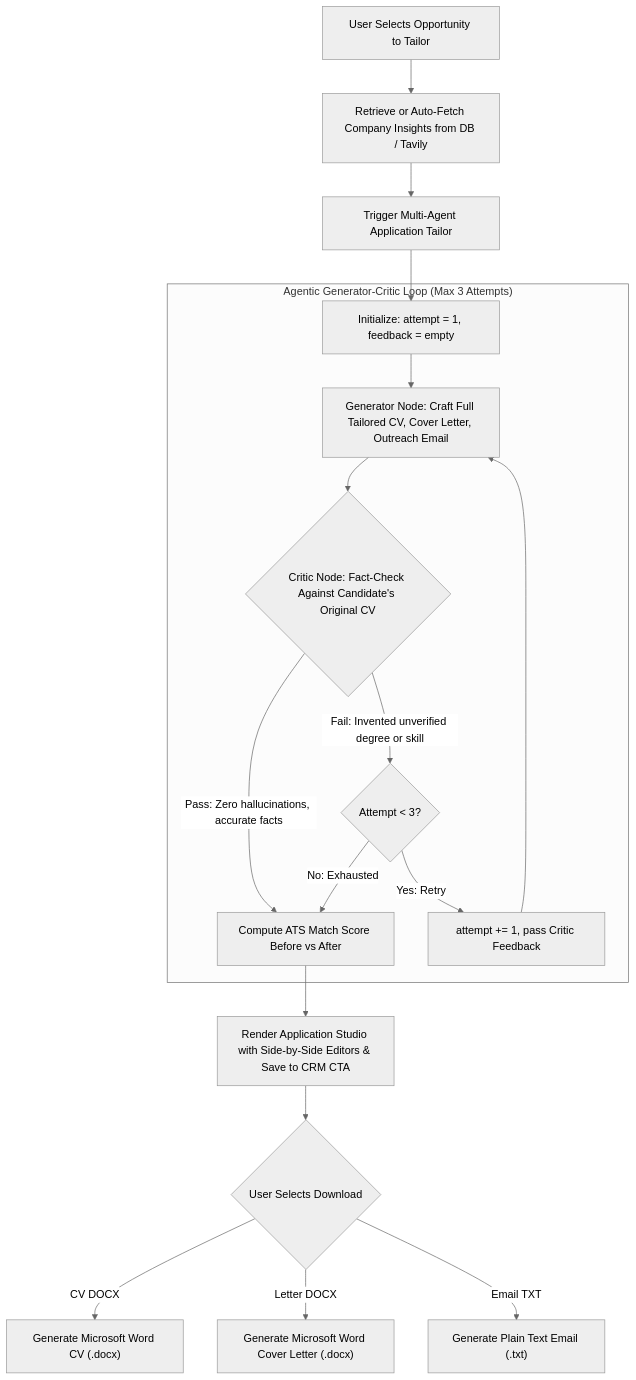
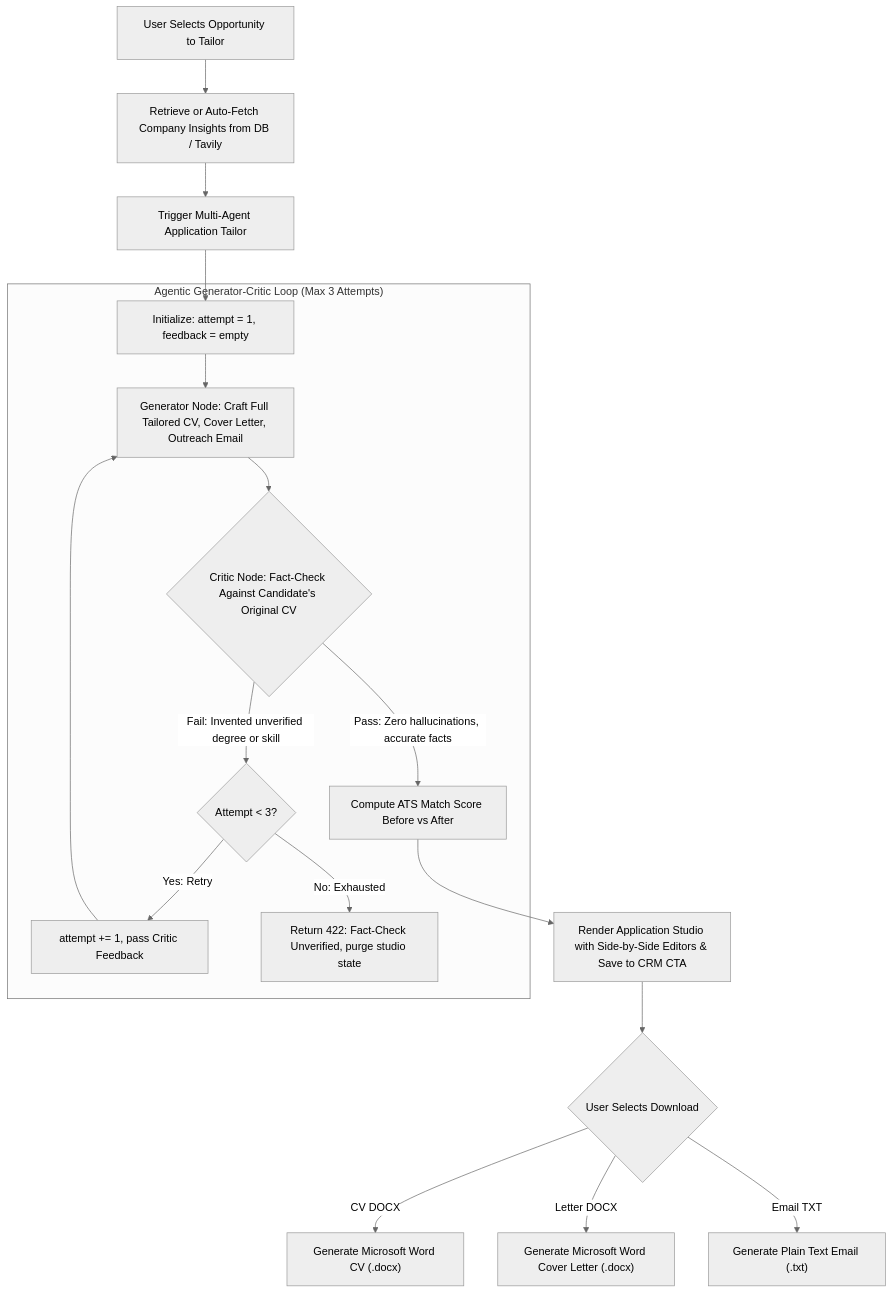
One commit to Mostafa710/career-copilot changed the fifth of 8 diagrams in docs/architecture_flowcharts.md. Above: the diagram before and after it, drawn with Mermaid (neutral theme). The commit also changed other lines of this file and 4 other files, not shown here.

Commit message:
docs: update README, architecture flowcharts, schema, and implementation plan to reflect multi-key Groq, JSearch v2, and latest features

````diff
--- a/docs/architecture_flowcharts.md
+++ b/docs/architecture_flowcharts.md
@@ -156,25 +158,25 @@
 ```mermaid
 flowchart TD
     SelectJob["User Selects Opportunity to Tailor"] --> RetrieveInsights["Retrieve or Auto-Fetch Company Insights from DB / Tavily"]
     RetrieveInsights --> TriggerAgent["Trigger Multi-Agent Application Tailor"]
     
     TriggerAgent --> InitAttempt["Initialize: attempt = 1, feedback = empty"]
     
     subgraph CriticLoop ["Agentic Generator-Critic Loop (Max 3 Attempts)"]
         InitAttempt --> GenNode["Generator Node: Craft Full Tailored CV, Cover Letter, Outreach Email"]
         GenNode --> CriticNode{"Critic Node: Fact-Check Against Candidate's Original CV"}
         
         CriticNode -->|Pass: Zero hallucinations, accurate facts| CalcGap["Compute ATS Match Score Before vs After"]
         CriticNode -->|Fail: Invented unverified degree or skill| CheckAttempts{"Attempt < 3?"}
         
         CheckAttempts -->|Yes: Retry| IncrementAttempt["attempt += 1, pass Critic Feedback"] --> GenNode
-        CheckAttempts -->|No: Exhausted| CalcGap
+        CheckAttempts -->|No: Exhausted| Return422["Return 422: Fact-Check Unverified, purge studio state"]
     end
     
     CalcGap --> RenderStudio["Render Application Studio with Side-by-Side Editors & Save to CRM CTA"]
     
     RenderStudio --> ExportActions{"User Selects Download"}
     ExportActions -->|CV DOCX| DocxCV["Generate Microsoft Word CV (.docx)"]
     ExportActions -->|Letter DOCX| DocxLetter["Generate Microsoft Word Cover Letter (.docx)"]
     ExportActions -->|Email TXT| TxtEmail["Generate Plain Text Email (.txt)"]
 ```
````
